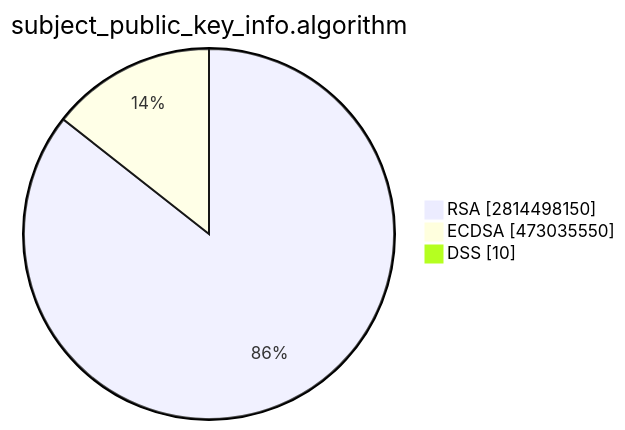
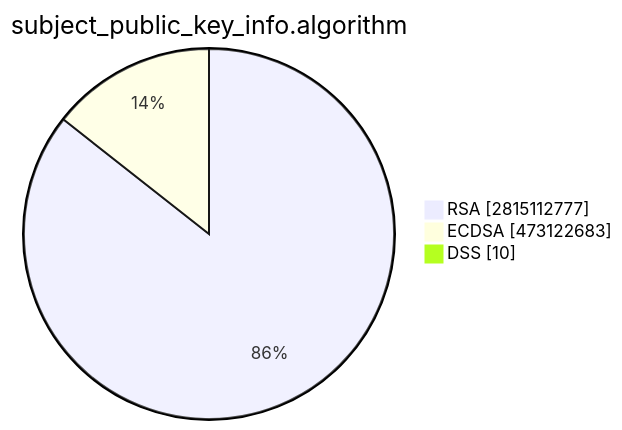
Before and after one commit to christiankrug/ctmonitor_visualization: the second of 15 diagrams in TOTAL/README.md, drawn with Mermaid. The commit also changed other lines of this file, not shown here.

````diff
--- a/TOTAL/README.md
+++ b/TOTAL/README.md
@@ -6,7 +6,7 @@
 ```mermaid
 pie showData
 title subject_public_key_info.algorithm
-"RSA" :2814498150
-"ECDSA" :473035550
+"RSA" :2815112777
+"ECDSA" :473122683
 "DSS" :10
 ```
````
